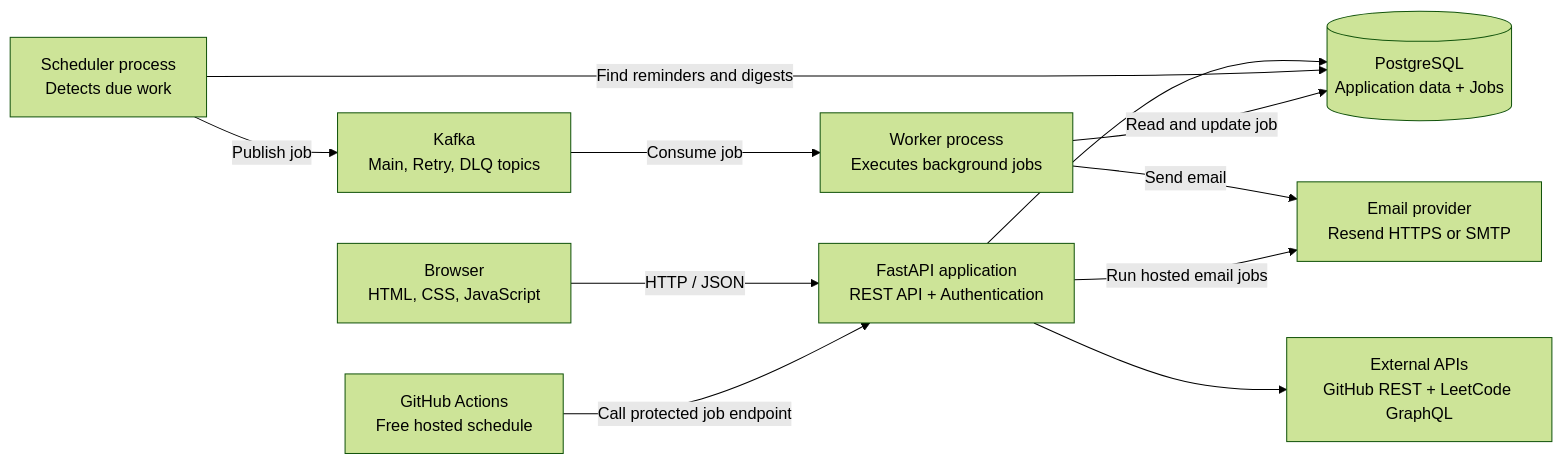
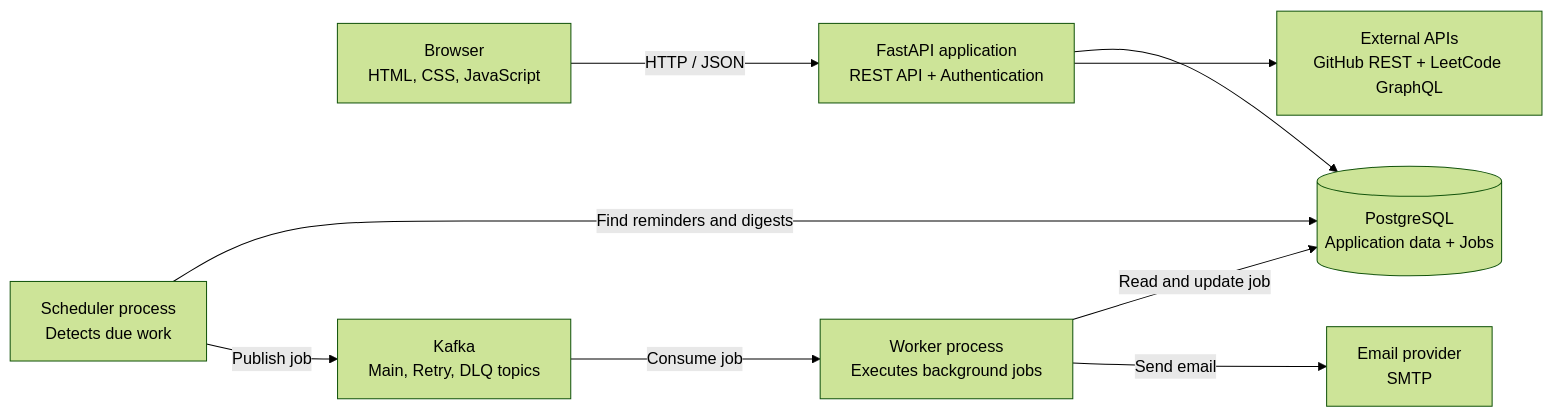
The diagram in README.md (rajeev8008/Pace), drawn with Mermaid (forest theme) before and after one commit. The commit also changed other lines of this file and 20 other files, not shown here.

````diff
--- a/README.md
+++ b/README.md
@@ -39,33 +37,28 @@
 ```mermaid
 flowchart LR
     Browser["Browser<br/>HTML, CSS, JavaScript"]
 
     API["FastAPI application<br/>REST API + Authentication"]
 
     DB[("PostgreSQL<br/>Application data + Jobs")]
 
     External["External APIs<br/>GitHub REST + LeetCode GraphQL"]
 
     Scheduler["Scheduler process<br/>Detects due work"]
 
     Kafka["Kafka<br/>Main, Retry, DLQ topics"]
 
     Worker["Worker process<br/>Executes background jobs"]
 
-    Email["Email provider<br/>Resend HTTPS or SMTP"]
-
-    Cron["GitHub Actions<br/>Free hosted schedule"]
+    Email["Email provider<br/>SMTP"]
 
     Browser -->|"HTTP / JSON"| API
     API --> DB
     API --> External
 
     Scheduler -->|"Find reminders and digests"| DB
     Scheduler -->|"Publish job"| Kafka
     Kafka -->|"Consume job"| Worker
     Worker -->|"Read and update job"| DB
     Worker -->|"Send email"| Email
-
-    Cron -->|"Call protected job endpoint"| API
-    API -->|"Run hosted email jobs"| Email
 ```
````
